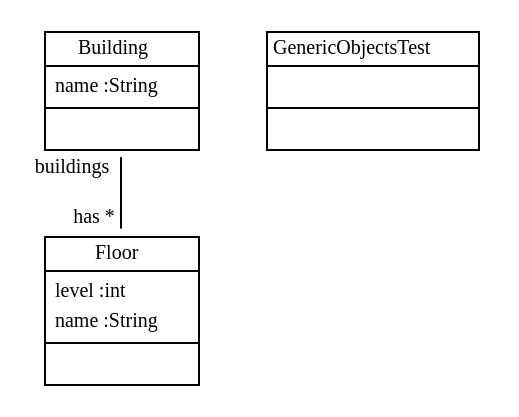
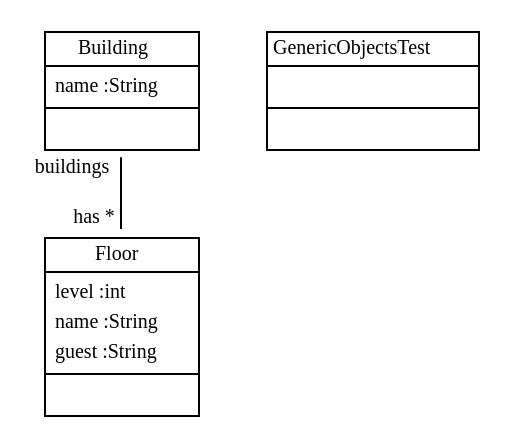
The diagram in doc/ManuallyImprovedLearnedClassDiag.dot (fujaba/SDMLib), drawn with Graphviz before and after one commit. The commit also changed 107 other files, not shown here.

```diff
--- a/doc/ManuallyImprovedLearnedClassDiag.dot
+++ b/doc/ManuallyImprovedLearnedClassDiag.dot
@@ -1,14 +1,14 @@
 
  digraph ClassDiagram {
     node [shape = none, fontsize = 10]; 
     edge [fontsize = 10];
     
     
     _Building [label=<<table border='0' cellborder='1' cellspacing='0'> <tr> <td>Building</td> </tr> <tr><td><table border='0' cellborder='0' cellspacing='0'> <tr><td align='left'>name :String</td></tr>  </table></td></tr> <tr><td><table border='0' cellborder='0' cellspacing='0'> <tr><td> </td></tr> </table></td></tr> </table>>];
-    _Floor [label=<<table border='0' cellborder='1' cellspacing='0'> <tr> <td>Floor</td> </tr> <tr><td><table border='0' cellborder='0' cellspacing='0'> <tr><td align='left'>level :int</td></tr> <tr><td align='left'>name :String</td></tr>  </table></td></tr> <tr><td><table border='0' cellborder='0' cellspacing='0'> <tr><td> </td></tr> </table></td></tr> </table>>];
+    _Floor [label=<<table border='0' cellborder='1' cellspacing='0'> <tr> <td>Floor</td> </tr> <tr><td><table border='0' cellborder='0' cellspacing='0'> <tr><td align='left'>level :int</td></tr> <tr><td align='left'>name :String</td></tr> <tr><td align='left'>guest :String</td></tr>  </table></td></tr> <tr><td><table border='0' cellborder='0' cellspacing='0'> <tr><td> </td></tr> </table></td></tr> </table>>];
     _GenericObjectsTest [label=<<table border='0' cellborder='1' cellspacing='0'> <tr> <td>GenericObjectsTest</td> </tr> <tr><td><table border='0' cellborder='0' cellspacing='0'> <tr><td> </td></tr> </table></td></tr> <tr><td><table border='0' cellborder='0' cellspacing='0'> <tr><td> </td></tr> </table></td></tr> </table>>];
     
     
     
     _Building -> _Floor [headlabel = "has *" taillabel = "buildings" arrowhead = "none" ];
 }
```
